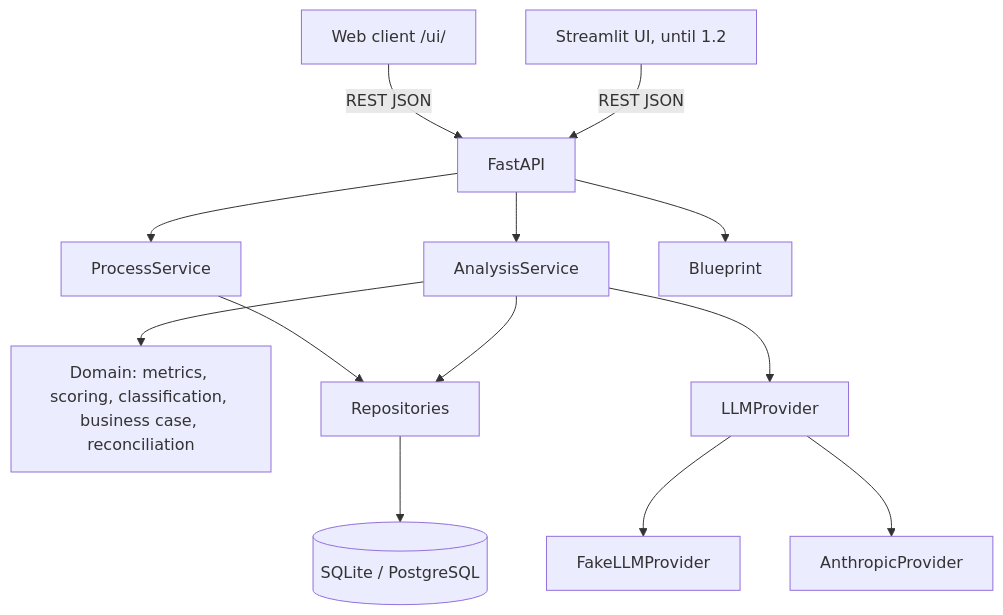
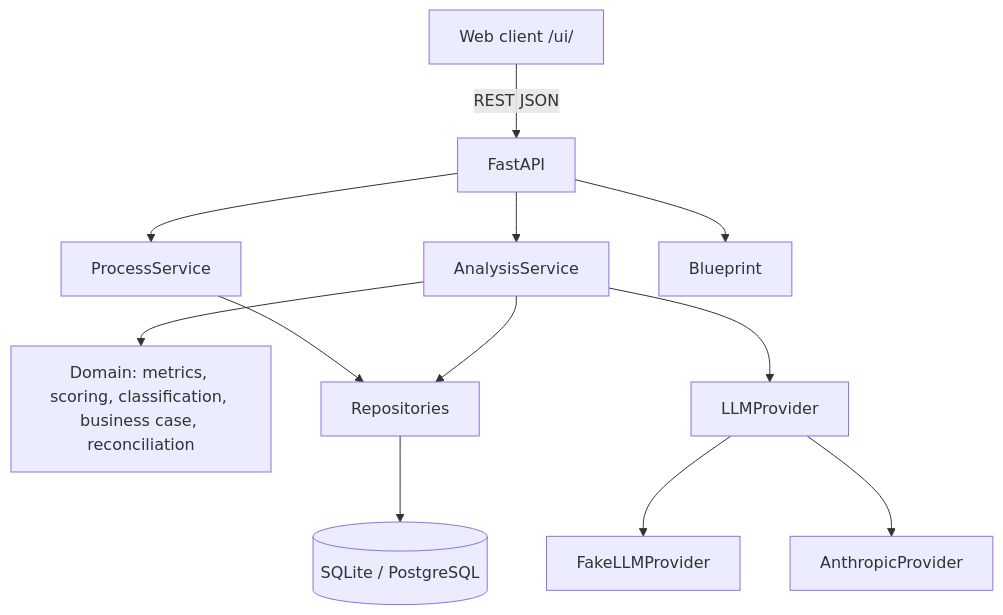
Before and after one commit to SebastianLazarte/ai-process-discovery: the first of 2 diagrams in README.md, drawn with Mermaid. The commit also changed other lines of this file and 1 other file, not shown here.

````diff
--- a/README.md
+++ b/README.md
@@ -35,15 +65,14 @@
 ```mermaid
 flowchart TB
     WEB[Web client /ui/] -->|REST JSON| API[FastAPI]
-    UI[Streamlit UI, until 1.2] -->|REST JSON| API
     API --> PS[ProcessService]
     API --> AS[AnalysisService]
     API --> BS[Blueprint]
     AS --> DOM[Domain: metrics, scoring, classification, business case, reconciliation]
     AS --> LLM[LLMProvider]
     LLM --> FAKE[FakeLLMProvider]
     LLM --> ANT[AnthropicProvider]
     PS --> REPO[Repositories]
     AS --> REPO
     REPO --> DB[(SQLite / PostgreSQL)]
 ```
````
